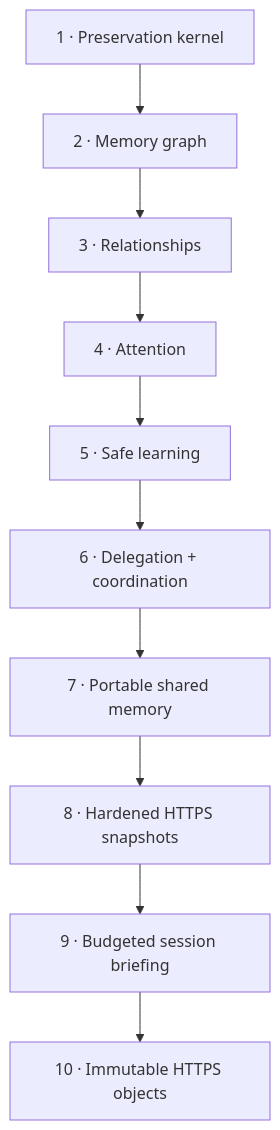
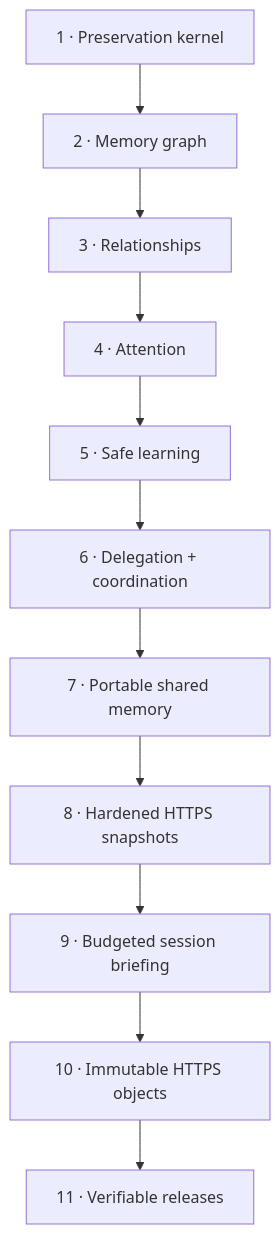
Before and after one commit to Maykbiletti/AgentSpine: the diagram in docs/roadmap.md, drawn with Mermaid. The commit also changed other lines of this file and 11 other files, not shown here.

Commit message:
build: harden verifiable releases

````diff
--- a/docs/roadmap.md
+++ b/docs/roadmap.md
@@ -5,12 +5,13 @@
 ```mermaid
 flowchart TB
     A["1 · Preservation kernel"] --> B["2 · Memory graph"]
     B --> C["3 · Relationships"]
     C --> D["4 · Attention"]
     D --> E["5 · Safe learning"]
     E --> F["6 · Delegation + coordination"]
     F --> G["7 · Portable shared memory"]
     G --> H["8 · Hardened HTTPS snapshots"]
     H --> I["9 · Budgeted session briefing"]
     I --> J["10 · Immutable HTTPS objects"]
+    J --> K["11 · Verifiable releases"]
 ```
````
